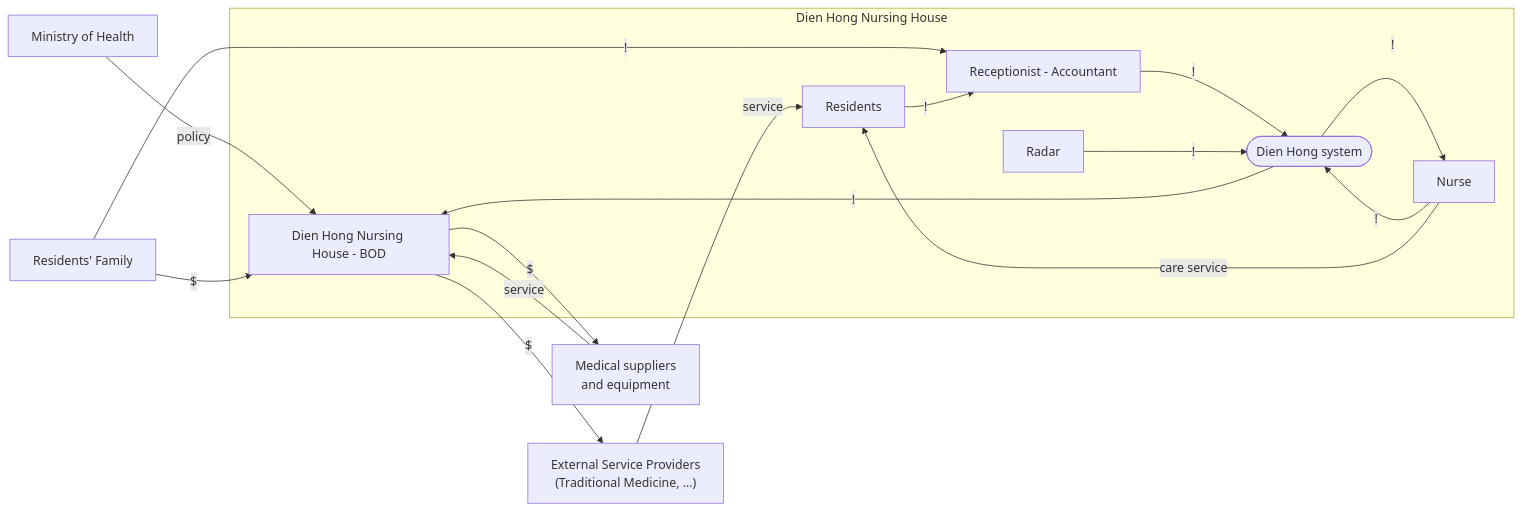
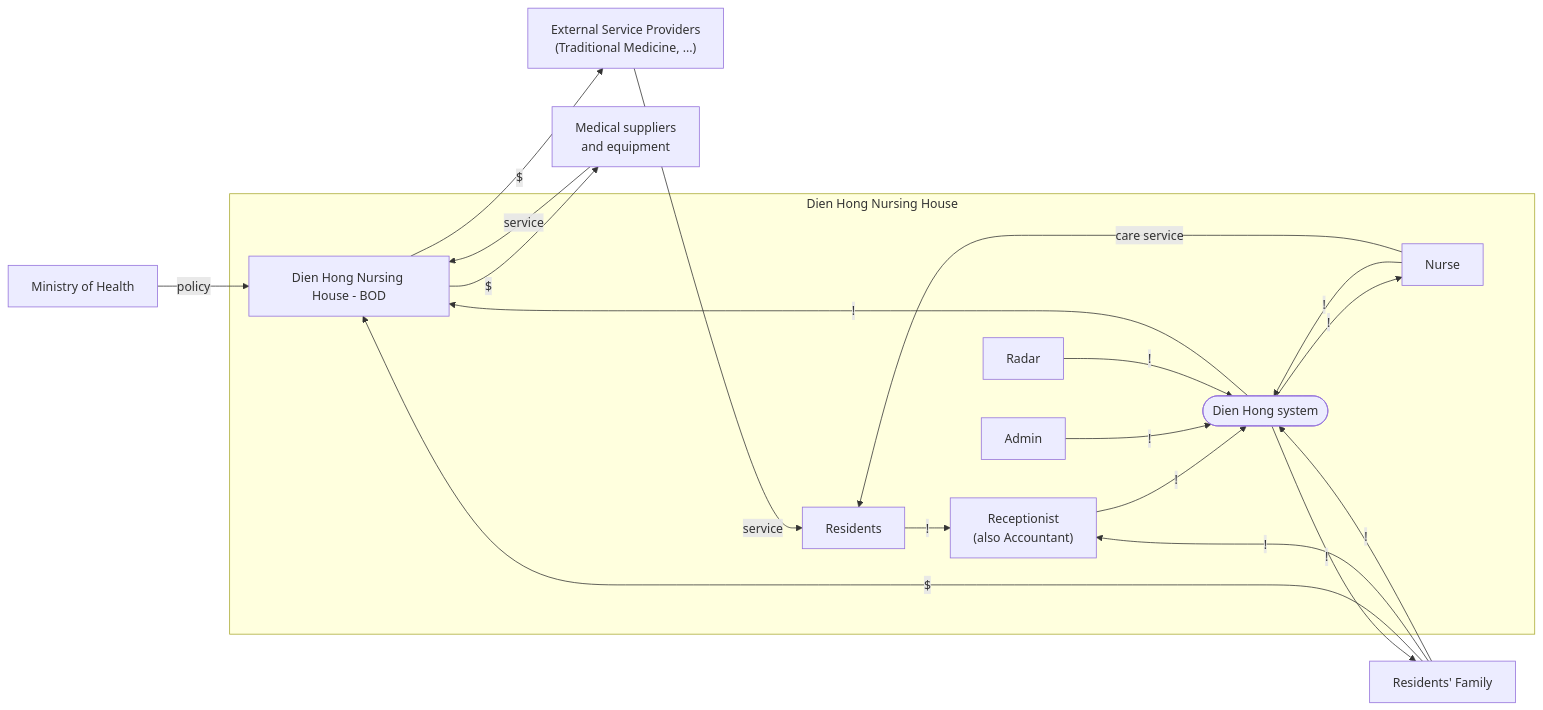
One commit to hatrang191/groupE-nursinghome changed the diagram in docs/context/cvca.md. Above: the diagram before and after it, drawn with Mermaid. The commit also changed other lines of this file, not shown here.

````diff
--- a/docs/context/cvca.md
+++ b/docs/context/cvca.md
@@ -16,31 +16,35 @@
 ```mermaid
 flowchart LR
   MOH["Ministry of Health"]
   FAM["Residents' Family"]
   SUP["Medical suppliers<br>and equipment"]
   EXT["External Service Providers<br>(Traditional Medicine, ...)"]
 
   subgraph NH["Dien Hong Nursing House"]
     BOD["Dien Hong Nursing House - BOD"]
-    REC["Receptionist - Accountant"]
+    REC["Receptionist<br>(also Accountant)"]
+    ADM["Admin"]
     DH(["Dien Hong system"])
     NUR["Nurse"]
     RES["Residents"]
     RAD["Radar"]
   end
 
   MOH -->|"policy"| BOD
   SUP -->|"service"| BOD
   BOD -->|"$"| SUP
   BOD -->|"$"| EXT
   FAM -->|"$"| BOD
   FAM -->|"!"| REC
   RES -->|"!"| REC
   REC -->|"!"| DH
+  ADM -->|"!"| DH
   RAD -->|"!"| DH
   DH -->|"!"| BOD
   DH -->|"!"| NUR
   NUR -->|"!"| DH
+  DH -->|"!"| FAM
+  FAM -->|"!"| DH
   NUR -->|"care service"| RES
   EXT -->|"service"| RES
 ```
````
